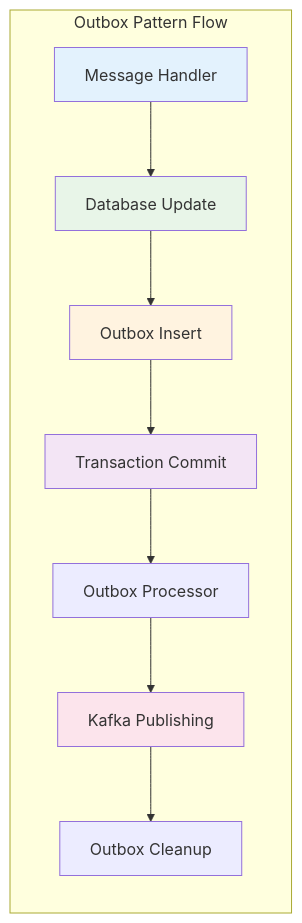
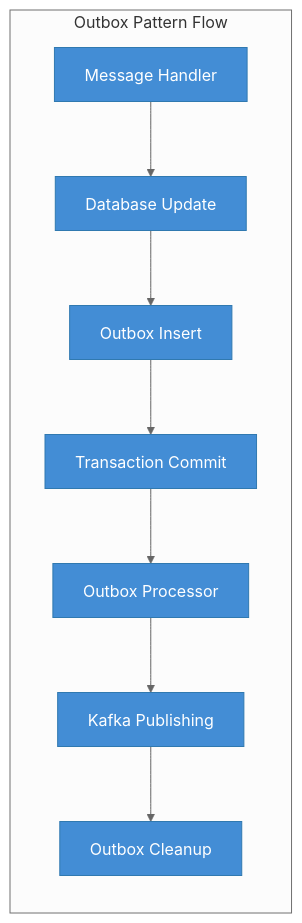
One commit to vgmello/momentum changed the third of 3 diagrams in docs/arch/eda.md. Above: the diagram before and after it, drawn with Mermaid. The commit also changed other lines of this file and 6 other files, not shown here.

Commit message:
Update documentation and styles: change mermaid theme to default, adjust line-height for multi-line labels, and refine architecture diagrams with neutral theme

````diff
--- a/docs/arch/eda.md
+++ b/docs/arch/eda.md
@@ -416,25 +423,27 @@
 ```mermaid
+---
+config:
+  theme: neutral
+---
 graph LR
     subgraph "Outbox Pattern Flow"
         HANDLER[Message Handler]
         DB_UPDATE[Database Update]
         OUTBOX_INSERT[Outbox Insert]
         COMMIT[Transaction Commit]
         OUTBOX_PROCESSOR[Outbox Processor]
         KAFKA_PUBLISH[Kafka Publishing]
         OUTBOX_CLEANUP[Outbox Cleanup]
     end
 
     HANDLER --> DB_UPDATE
     DB_UPDATE --> OUTBOX_INSERT
     OUTBOX_INSERT --> COMMIT
     COMMIT --> OUTBOX_PROCESSOR
     OUTBOX_PROCESSOR --> KAFKA_PUBLISH
     KAFKA_PUBLISH --> OUTBOX_CLEANUP
 
-    style HANDLER fill:#e3f2fd
-    style DB_UPDATE fill:#e8f5e8
-    style OUTBOX_INSERT fill:#fff3e0
-    style COMMIT fill:#f3e5f5
-    style KAFKA_PUBLISH fill:#fce4ec
+    classDef container fill:#438dd5,stroke:#3079b0,color:#ffffff
+
+    class HANDLER,DB_UPDATE,OUTBOX_INSERT,COMMIT,OUTBOX_PROCESSOR,KAFKA_PUBLISH,OUTBOX_CLEANUP container
 ```
````
